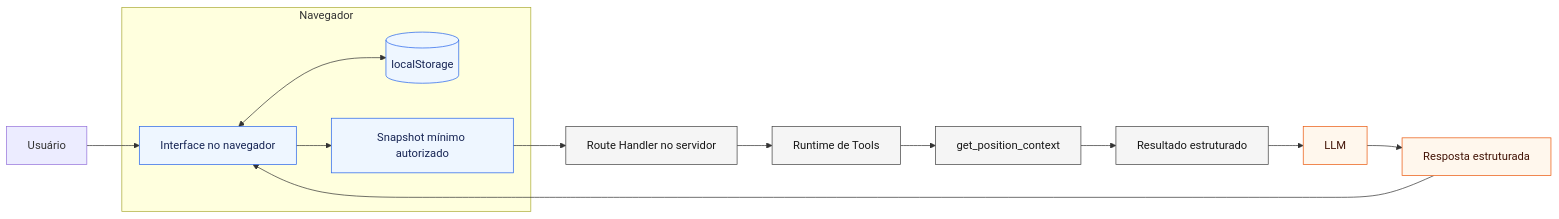
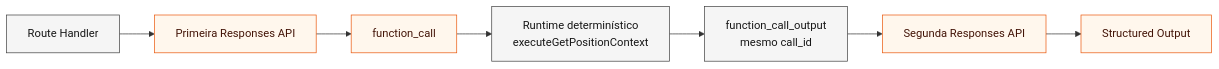
One commit to GuilhermePontoAut/teachess changed the diagram in docs/llm-tools.md. Above: the diagram before and after it, drawn with Mermaid. The commit also changed other lines of this file and 8 other files, not shown here.

````diff
--- a/docs/llm-tools.md
+++ b/docs/llm-tools.md
@@ -445,24 +444,14 @@
 ```mermaid
 flowchart LR
-    U[Usuário] --> UI[Interface no navegador]
+    R[Route Handler] --> C1[Primeira Responses API]
+    C1 --> FC[function_call]
+    FC --> D[Runtime determinístico<br/>executeGetPositionContext]
+    D --> FO[function_call_output<br/>mesmo call_id]
+    FO --> C2[Segunda Responses API]
+    C2 --> SO[Structured Output]
 
-    subgraph B[Navegador]
-      UI <--> LS[(localStorage)]
-      UI --> S[Snapshot mínimo autorizado]
-    end
-
-    S --> R[Route Handler no servidor]
-    R --> T[Runtime de Tools]
-    T --> G[get_position_context]
-    G --> O[Resultado estruturado]
-    O --> L[LLM]
-    L --> F[Resposta estruturada]
-    F --> UI
-
-    classDef browser fill:#eef6ff,stroke:#2563eb,color:#172554;
     classDef server fill:#f5f5f5,stroke:#404040,color:#171717;
     classDef model fill:#fff7ed,stroke:#ea580c,color:#431407;
-    class LS,UI,S browser;
-    class R,T,G,O server;
-    class L,F model;
+    class R,D,FO server;
+    class C1,FC,C2,SO model;
 ```
````
